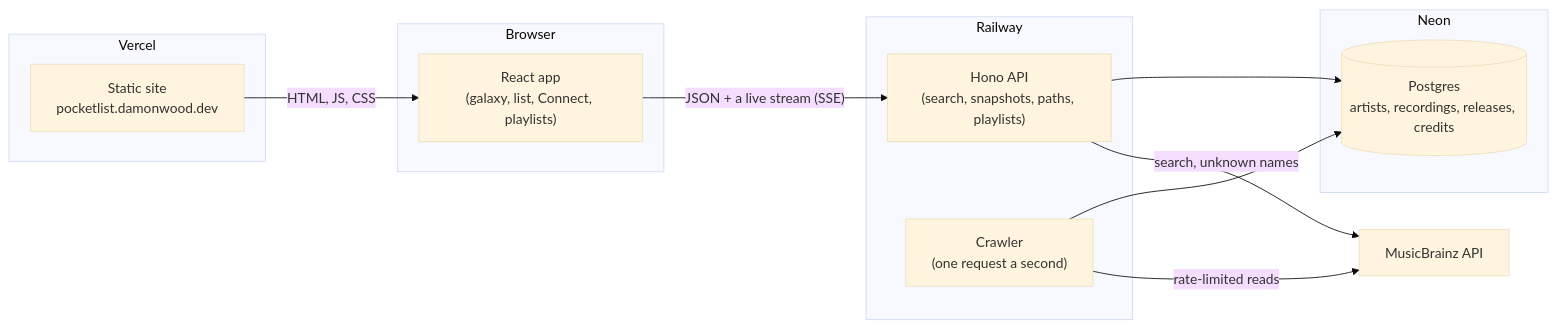
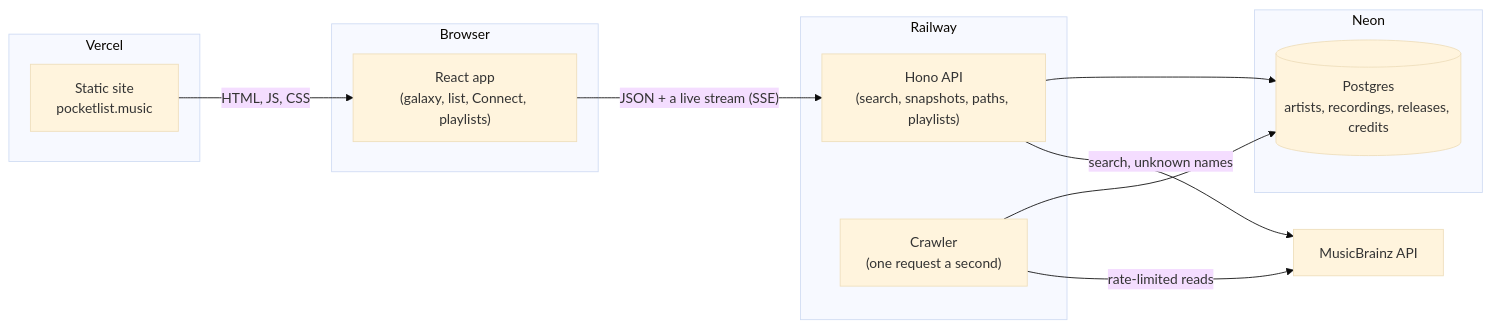
One commit to dwood66/pocketlist changed the diagram in docs/ARCHITECTURE.md. Above: the diagram before and after it, drawn with Mermaid (base theme). The commit also changed other lines of this file and 2 other files, not shown here.

First line of the commit message:
Move to pocketlist.music

````diff
--- a/docs/ARCHITECTURE.md
+++ b/docs/ARCHITECTURE.md
@@ -21,24 +21,24 @@
 ```mermaid
 flowchart LR
   subgraph Browser
     UI["React app<br/>(galaxy, list, Connect, playlists)"]
   end
   subgraph Vercel
-    Static["Static site<br/>pocketlist.damonwood.dev"]
+    Static["Static site<br/>pocketlist.music"]
   end
   subgraph Railway
     API["Hono API<br/>(search, snapshots, paths, playlists)"]
     Crawler["Crawler<br/>(one request a second)"]
   end
   subgraph Neon
     PG[("Postgres<br/>artists, recordings, releases, credits")]
   end
   MB["MusicBrainz API"]
 
   Static -- "HTML, JS, CSS" --> UI
   UI -- "JSON + a live stream (SSE)" --> API
   API --> PG
   Crawler --> PG
   Crawler -- "rate-limited reads" --> MB
   API -- "search, unknown names" --> MB
 ```
````
